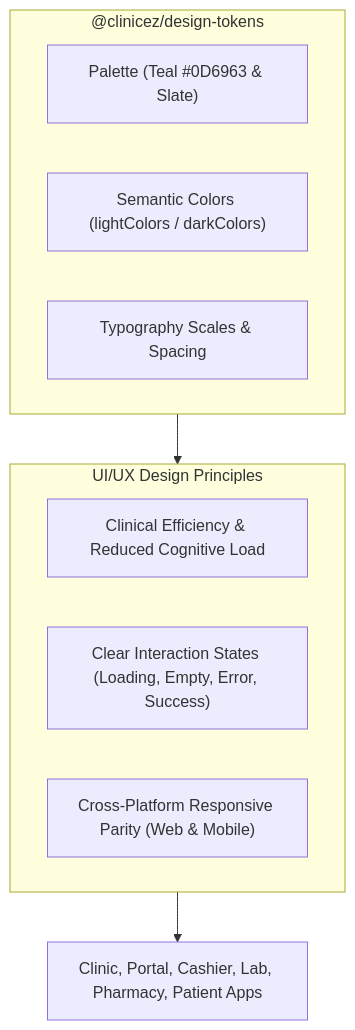
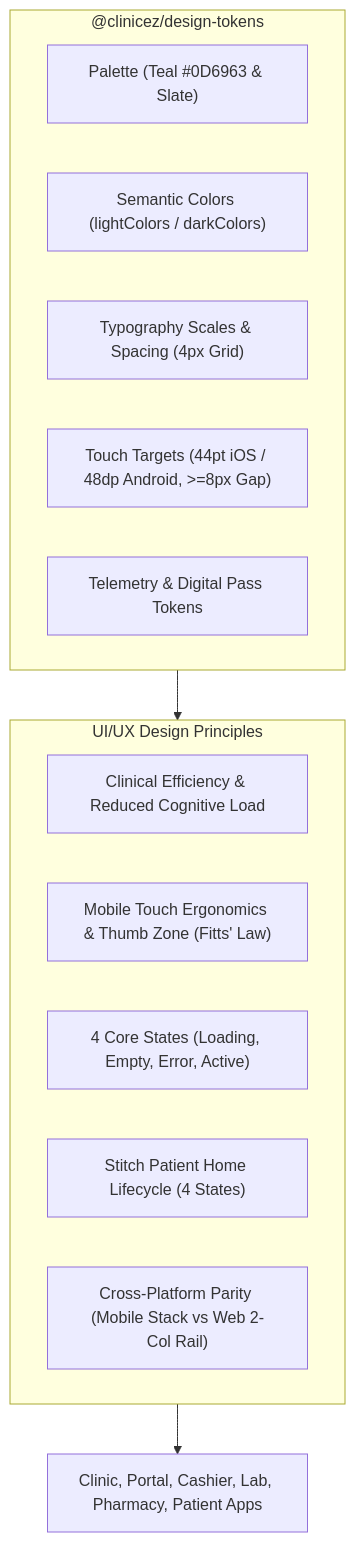
One commit to NextStep-Software-Solutions-Inc/clinicez-arch2 changed the first of 2 diagrams in .agents/skills/clinicez-ui-ux-expert/SKILL.md. Above: the diagram before and after it, drawn with Mermaid. The commit also changed other lines of this file and 8 other files, not shown here.

First line of the commit message:
feat(design-tokens,skills): update design tokens and clinicez-ui-ux-expert skill with mobile-design principles and Stitch 4-state home architecture

````diff
--- a/.agents/skills/clinicez-ui-ux-expert/SKILL.md
+++ b/.agents/skills/clinicez-ui-ux-expert/SKILL.md
@@ -18,17 +19,21 @@
 ```mermaid
 flowchart TD
   subgraph DESIGN_SYSTEM["@clinicez/design-tokens"]
     PAL["Palette (Teal #0D6963 & Slate)"]
     SEM["Semantic Colors (lightColors / darkColors)"]
-    TYP["Typography Scales & Spacing"]
+    TYP["Typography Scales & Spacing (4px Grid)"]
+    SIZ["Touch Targets (44pt iOS / 48dp Android, >=8px Gap)"]
+    TEL["Telemetry & Digital Pass Tokens"]
   end
 
   subgraph UX_PRINCIPLES["UI/UX Design Principles"]
     CLIN["Clinical Efficiency & Reduced Cognitive Load"]
-    INT["Clear Interaction States (Loading, Empty, Error, Success)"]
-    RESP["Cross-Platform Responsive Parity (Web & Mobile)"]
+    TOUCH["Mobile Touch Ergonomics & Thumb Zone (Fitts' Law)"]
+    INT["4 Core States (Loading, Empty, Error, Active)"]
+    STITCH["Stitch Patient Home Lifecycle (4 States)"]
+    RESP["Cross-Platform Parity (Mobile Stack vs Web 2-Col Rail)"]
   end
 
   DESIGN_SYSTEM --> UX_PRINCIPLES
   UX_PRINCIPLES --> APPS["Clinic, Portal, Cashier, Lab, Pharmacy, Patient Apps"]
 ```
````
